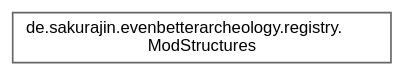
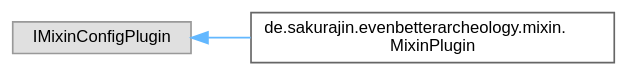
Before and after one commit to noah1510/EvenBetterArcheology: the diagram in inherit_graph_31.dot, drawn with Graphviz. The commit also changed 425 other files, not shown here.

```diff
--- a/inherit_graph_31.dot
+++ b/inherit_graph_31.dot
@@ -1,9 +1,11 @@
 digraph "Graphical Class Hierarchy"
 {
  // LATEX_PDF_SIZE
   bgcolor="transparent";
   edge [fontname=Helvetica,fontsize=10,labelfontname=Helvetica,labelfontsize=10];
   node [fontname=Helvetica,fontsize=10,shape=box,height=0.2,width=0.4];
   rankdir="LR";
-  Node0 [label="de.sakurajin.evenbetterarcheology.registry.\lModStructures",height=0.2,width=0.4,color="grey40", fillcolor="white", style="filled",URL="$classde_1_1sakurajin_1_1evenbetterarcheology_1_1registry_1_1ModStructures.html",tooltip=" "];
+  Node0 [label="IMixinConfigPlugin",height=0.2,width=0.4,color="grey60", fillcolor="#E0E0E0", style="filled",tooltip=" "];
+  Node0 -> Node1 [dir="back",color="steelblue1",style="solid"];
+  Node1 [label="de.sakurajin.evenbetterarcheology.mixin.\lMixinPlugin",height=0.2,width=0.4,color="grey40", fillcolor="white", style="filled",URL="$classde_1_1sakurajin_1_1evenbetterarcheology_1_1mixin_1_1MixinPlugin.html",tooltip=" "];
 }
```
